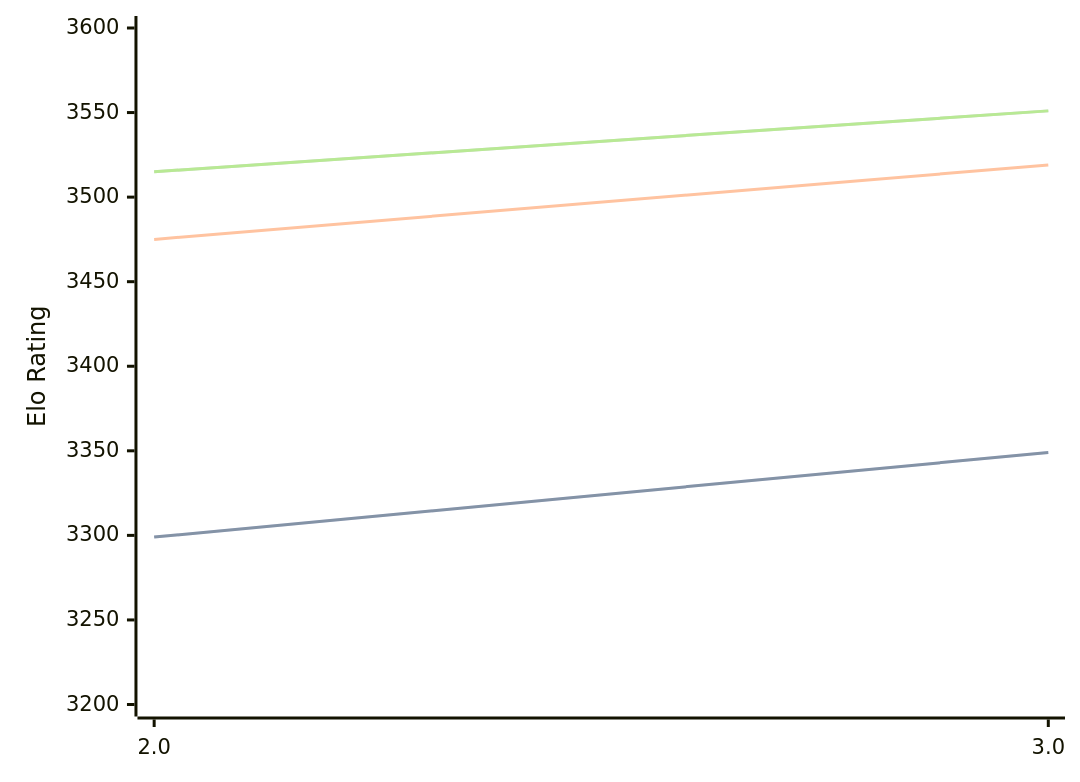
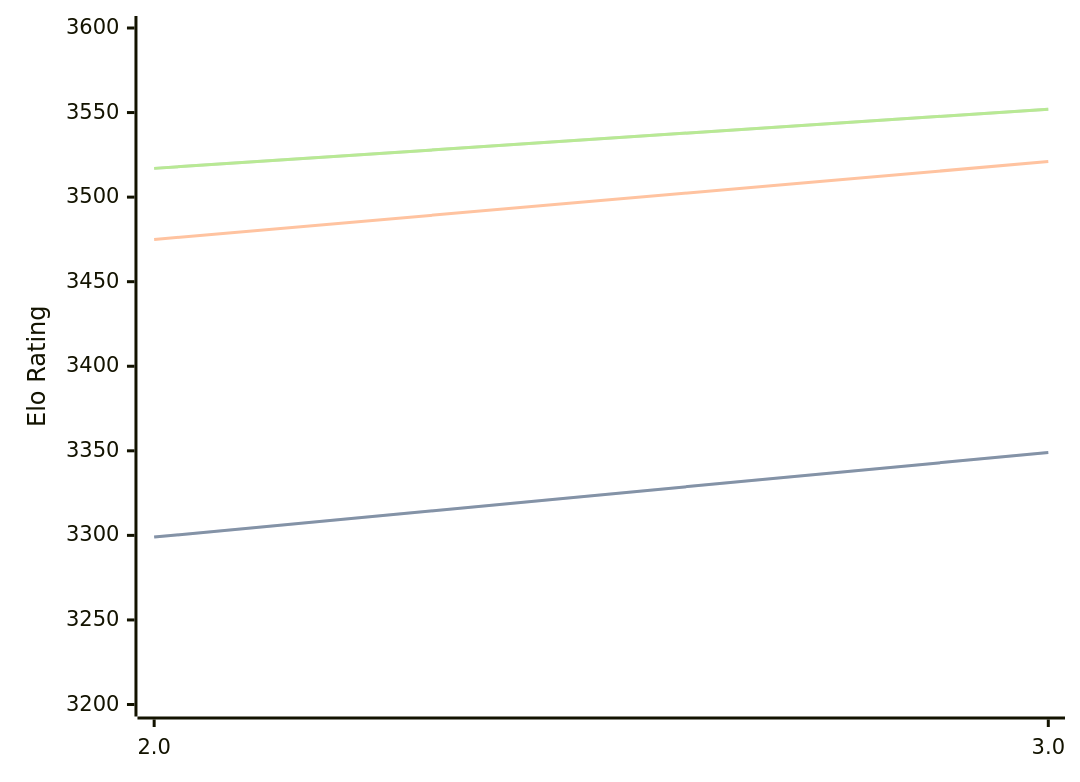
The diagram in engines/Quanticade.md (computer-chess-index/cci), drawn with Mermaid before and after one commit. The commit also changed other lines of this file, not shown here.

Commit message:
Update CCI Ratings (ELO VLTC) - 2026-09-08

````diff
--- a/engines/Quanticade.md
+++ b/engines/Quanticade.md
@@ -32,11 +32,11 @@
 ```mermaid
 %%{init: {"theme":"base","themeVariables":{"seriesColors:['#a3a3a3','#222221','#faa371']}}}%%
 xychart-beta
   x-axis ["2.0", "3.0"]
   y-axis "Elo Rating" 3200 --> 3600
   line "" [3299, 3349]
   line "STC (8.0+0.08s)" [3299, 3349]
-  line "LTC (60.0+0.60s)" [3475, 3519]
-  line "" [3515, 3551]
-  line "VLTC (2m24s+1.12s)" [3515, 3551]
+  line "LTC (60.0+0.60s)" [3475, 3521]
+  line "" [3517, 3552]
+  line "VLTC (2m24s+1.12s)" [3517, 3552]
 ```
````
